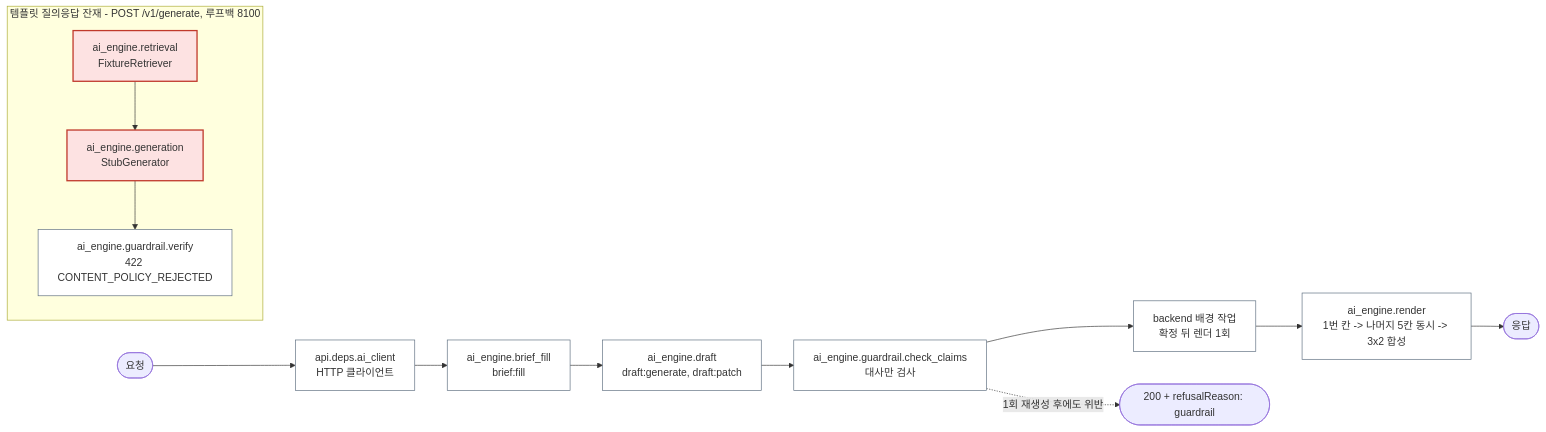
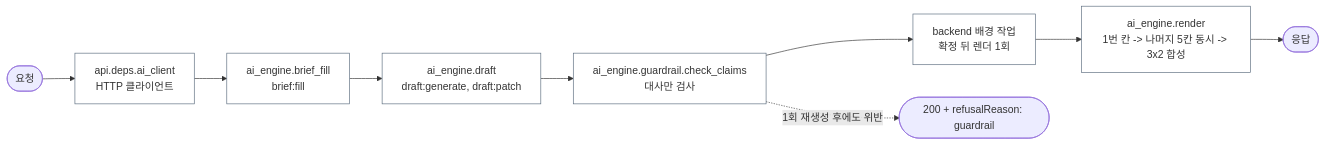
One commit to Codeit-AI10-Part4-3Team/AI10-Part4-3Team-Advanced-Project changed the third of 3 diagrams in docs/공통_가이드/아키텍처.md. Above: the diagram before and after it, drawn with Mermaid. The commit also changed other lines of this file and 22 other files, not shown here.

First line of the commit message:
refactor(ai-engine): 템플릿 질의응답 경로를 삭제합니다 (#163)

````diff
--- a/docs/공통_가이드/아키텍처.md
+++ b/docs/공통_가이드/아키텍처.md
@@ -146,21 +148,15 @@
 ```mermaid
 flowchart LR
     REQ(["요청"]) --> CLIENT["api.deps.ai_client<br/>HTTP 클라이언트"]
     CLIENT --> BRIEF["ai_engine.brief_fill<br/>brief:fill"]
     BRIEF --> DRAFT["ai_engine.draft<br/>draft:generate, draft:patch"]
     DRAFT --> GUARD["ai_engine.guardrail.check_claims<br/>대사만 검사"]
     GUARD --> JOB["backend 배경 작업<br/>확정 뒤 렌더 1회"]
     JOB --> IMG["ai_engine.render<br/>1번 칸 -> 나머지 5칸 동시 -> 3x2 합성"]
     IMG --> OK(["응답"])
     GUARD -. "1회 재생성 후에도 위반" .-> REJ(["200 + refusalReason: guardrail"])
 
-    subgraph LEGACY["템플릿 질의응답 잔재 - POST /v1/generate, 루프백 8100"]
-        RETR["ai_engine.retrieval<br/>FixtureRetriever"] --> GEN["ai_engine.generation<br/>StubGenerator"]
-        GEN --> VERIFY["ai_engine.guardrail.verify<br/>422 CONTENT_POLICY_REJECTED"]
-    end
-
     classDef stub fill:#fde2e2,stroke:#c0392b,stroke-width:2px
     classDef real fill:#ffffff,stroke:#5a6b7d
-    class RETR,GEN stub
-    class CLIENT,BRIEF,DRAFT,GUARD,JOB,IMG,VERIFY real
+    class CLIENT,BRIEF,DRAFT,GUARD,JOB,IMG real
 ```
````
